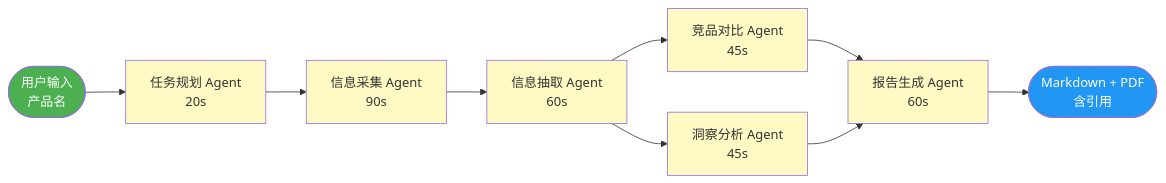
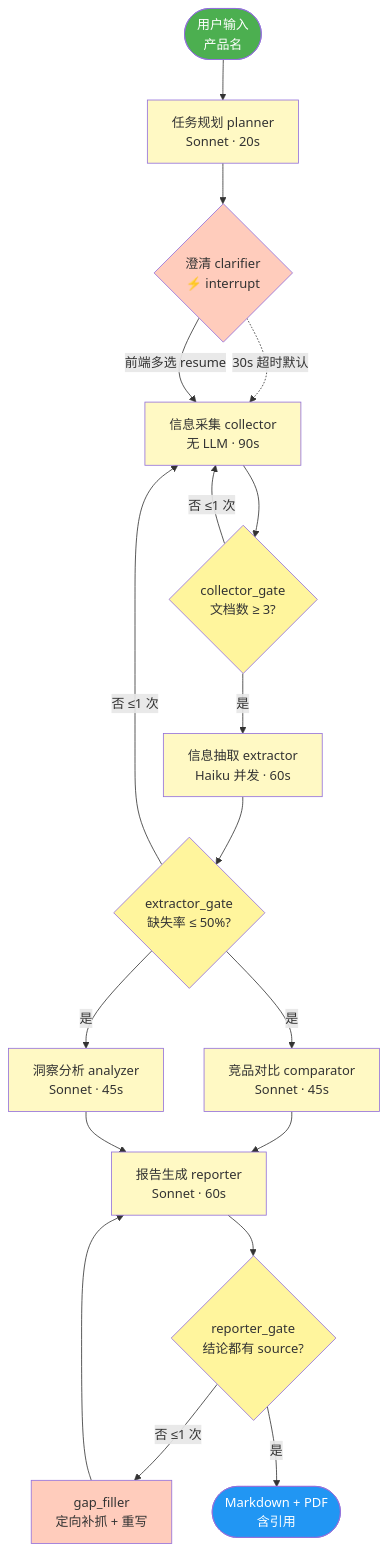
The second of 7 diagrams in docs/architecture.md (yangyuxin-hub/Multi-Agent-Collaborative-Competitive-Analysis-System), drawn with Mermaid before and after one commit. The commit also changed other lines of this file and 7 other files, not shown here.

````diff
--- a/docs/architecture.md
+++ b/docs/architecture.md
@@ -87,20 +95,38 @@
 ```mermaid
-flowchart LR
-    START([用户输入<br/>产品名]) --> P[任务规划 Agent<br/>20s]
-    P --> C[信息采集 Agent<br/>90s]
-    C --> E[信息抽取 Agent<br/>60s]
-    E --> COMP[竞品对比 Agent<br/>45s]
-    E --> ANA[洞察分析 Agent<br/>45s]
-    COMP --> R[报告生成 Agent<br/>60s]
+flowchart TB
+    START([用户输入<br/>产品名]) --> P[任务规划 planner<br/>Sonnet · 20s]
+    P --> CL{澄清 clarifier<br/>⚡ interrupt}
+    CL -.30s 超时默认.-> C
+    CL -- 前端多选 resume --> C[信息采集 collector<br/>无 LLM · 90s]
+
+    C --> G1{collector_gate<br/>文档数 ≥ 3?}
+    G1 -- 否 ≤1 次 --> C
+    G1 -- 是 --> E[信息抽取 extractor<br/>Haiku 并发 · 60s]
+
+    E --> G2{extractor_gate<br/>缺失率 ≤ 50%?}
+    G2 -- 否 ≤1 次 --> C
+    G2 -- 是 --> COMP[竞品对比 comparator<br/>Sonnet · 45s]
+    G2 -- 是 --> ANA[洞察分析 analyzer<br/>Sonnet · 45s]
+
+    COMP --> R[报告生成 reporter<br/>Sonnet · 60s]
     ANA --> R
-    R --> END([Markdown + PDF<br/>含引用])
+
+    R --> G3{reporter_gate<br/>结论都有 source?}
+    G3 -- 否 ≤1 次 --> GF[gap_filler<br/>定向补抓 + 重写]
+    GF --> R
+    G3 -- 是 --> ENDX([Markdown + PDF<br/>含引用])
 
     style START fill:#4caf50,color:#fff
-    style END fill:#2196f3,color:#fff
+    style ENDX fill:#2196f3,color:#fff
+    style CL fill:#ffccbc
+    style GF fill:#ffccbc
+    style G1 fill:#fff59d
+    style G2 fill:#fff59d
+    style G3 fill:#fff59d
     style P fill:#fff9c4
     style C fill:#fff9c4
     style E fill:#fff9c4
     style COMP fill:#fff9c4
     style ANA fill:#fff9c4
     style R fill:#fff9c4
 ```
````
